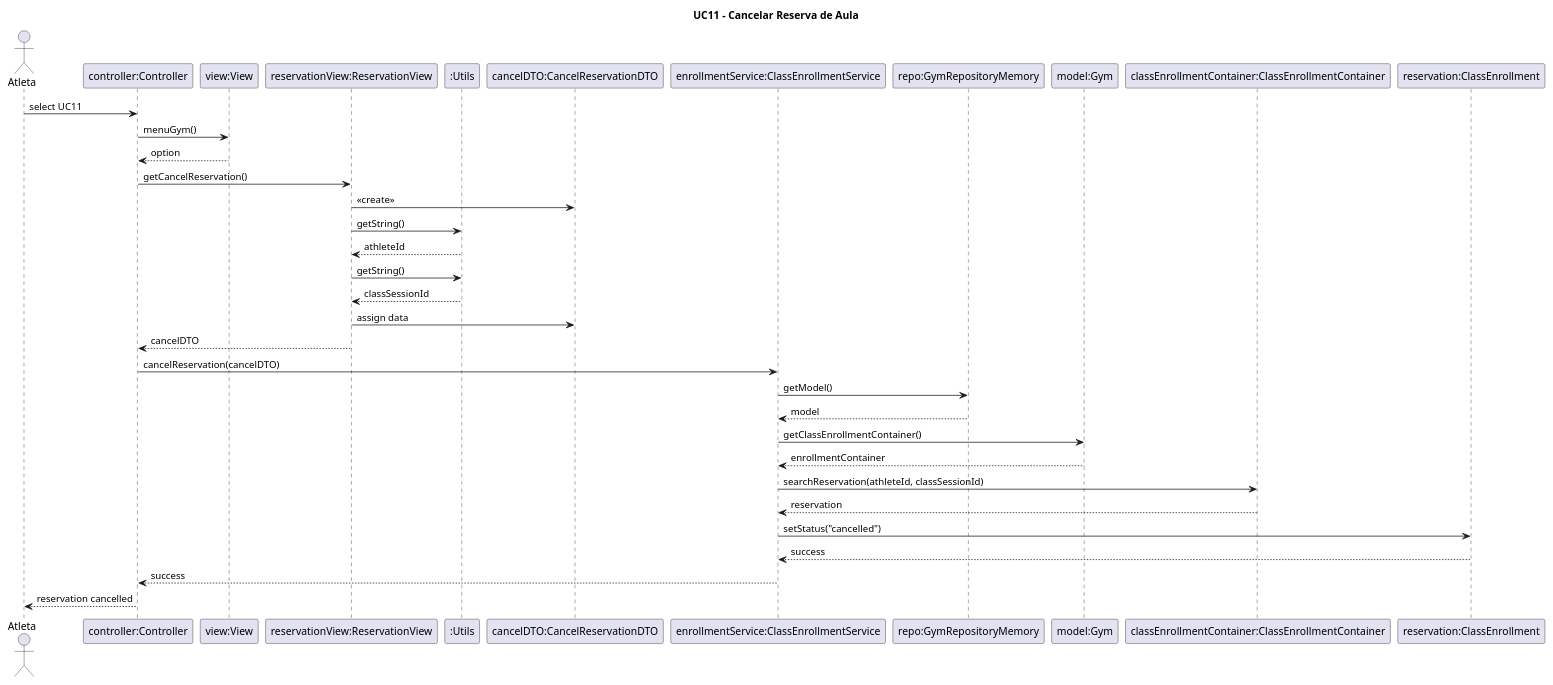
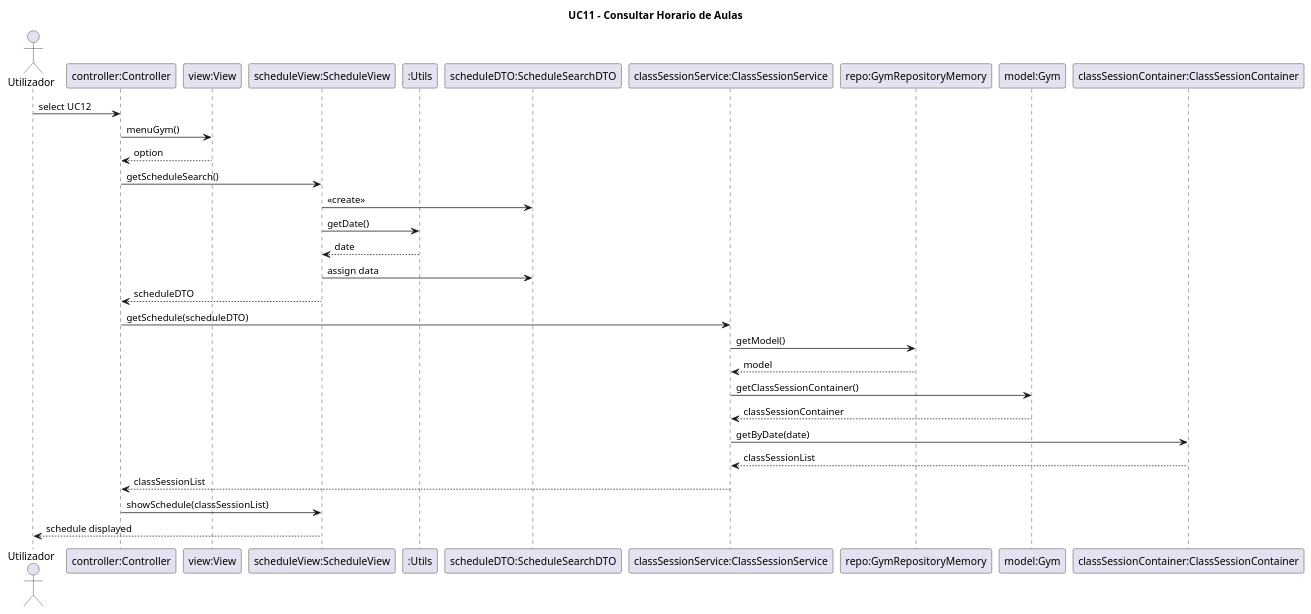
The diagram in Documentation/Iteration 2/Design/Sequence Diagrams/sequence_diagram_Uc11.puml (goncaloribeiro1234/fsoft2026_1DD_4), drawn with PlantUML before and after one commit. The commit also changed 17 other files, not shown here.

Commit message:
Documentaçaõ IT2 com diagramas

```diff
--- a/Documentation/Iteration 2/Design/Sequence Diagrams/sequence_diagram_Uc11.puml
+++ b/Documentation/Iteration 2/Design/Sequence Diagrams/sequence_diagram_Uc11.puml
@@ -1,55 +1,49 @@
 @startuml
-title UC11 - Cancelar Reserva de Aula
+title UC11 - Consultar Horario de Aulas
 
-actor "Atleta" as AthleteActor
+actor "Utilizador" as UserActor
 
 participant "controller:Controller" as Controller
 participant "view:View" as View
-participant "reservationView:ReservationView" as ReservationView
+participant "scheduleView:ScheduleView" as ScheduleView
 participant ":Utils" as Utils
-participant "cancelDTO:CancelReservationDTO" as CancelDTO
-participant "enrollmentService:ClassEnrollmentService" as EnrollmentService
+participant "scheduleDTO:ScheduleSearchDTO" as ScheduleDTO
+participant "classSessionService:ClassSessionService" as ClassSessionService
 participant "repo:GymRepositoryMemory" as Repo
 participant "model:Gym" as Gym
-participant "classEnrollmentContainer:ClassEnrollmentContainer" as EnrollmentContainer
-participant "reservation:ClassEnrollment" as Reservation
+participant "classSessionContainer:ClassSessionContainer" as ClassSessionContainer
 
-AthleteActor -> Controller : select UC11
+UserActor -> Controller : select UC12
 
 Controller -> View : menuGym()
 View --> Controller : option
 
-Controller -> ReservationView : getCancelReservation()
+Controller -> ScheduleView : getScheduleSearch()
 
-ReservationView -> CancelDTO : <<create>>
+ScheduleView -> ScheduleDTO : <<create>>
 
-ReservationView -> Utils : getString()
-Utils --> ReservationView : athleteId
+ScheduleView -> Utils : getDate()
+Utils --> ScheduleView : date
 
-ReservationView -> Utils : getString()
-Utils --> ReservationView : classSessionId
+ScheduleView -> ScheduleDTO : assign data
 
-ReservationView -> CancelDTO : assign data
+ScheduleView --> Controller : scheduleDTO
 
-ReservationView --> Controller : cancelDTO
+Controller -> ClassSessionService : getSchedule(scheduleDTO)
 
-Controller -> EnrollmentService : cancelReservation(cancelDTO)
+ClassSessionService -> Repo : getModel()
+Repo --> ClassSessionService : model
 
-EnrollmentService -> Repo : getModel()
-Repo --> EnrollmentService : model
+ClassSessionService -> Gym : getClassSessionContainer()
+Gym --> ClassSessionService : classSessionContainer
 
-EnrollmentService -> Gym : getClassEnrollmentContainer()
-Gym --> EnrollmentService : enrollmentContainer
+ClassSessionService -> ClassSessionContainer : getByDate(date)
+ClassSessionContainer --> ClassSessionService : classSessionList
 
-EnrollmentService -> EnrollmentContainer : searchReservation(athleteId, classSessionId)
-EnrollmentContainer --> EnrollmentService : reservation
+ClassSessionService --> Controller : classSessionList
 
-EnrollmentService -> Reservation : setStatus("cancelled")
+Controller -> ScheduleView : showSchedule(classSessionList)
 
-Reservation --> EnrollmentService : success
-
-EnrollmentService --> Controller : success
-
-Controller --> AthleteActor : reservation cancelled
+ScheduleView --> UserActor : schedule displayed
 
 @enduml
```
